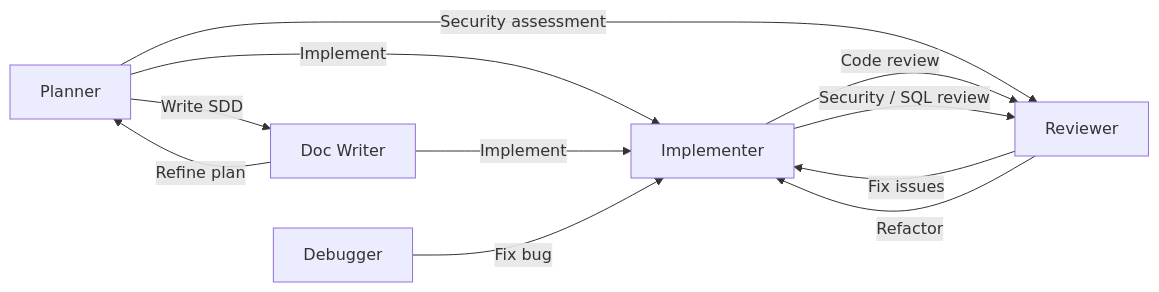
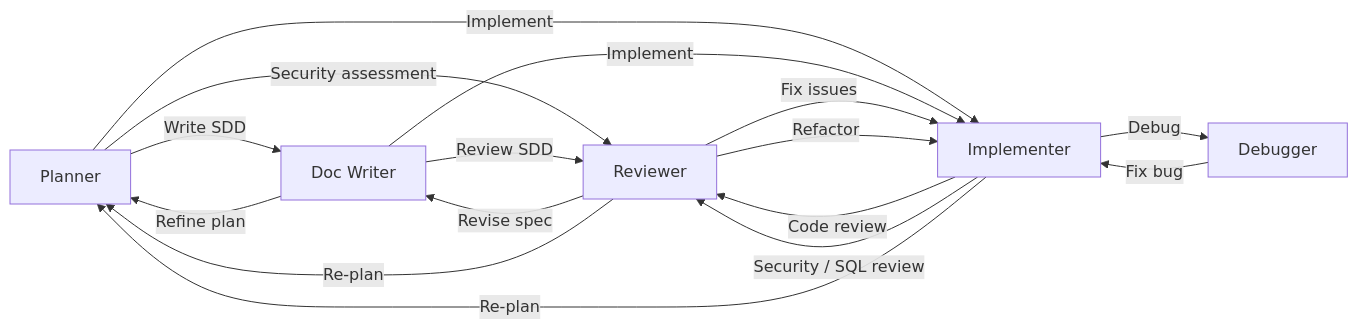
The first of 3 diagrams in README.md (zexion7873/copilot-setting), drawn with Mermaid before and after one commit. The commit also changed 4 other files, not shown here.

First line of the commit message:
feat(agents): complete handoff graph with reverse and lateral buttons

````diff
--- a/README.md
+++ b/README.md
@@ -146,17 +146,22 @@
 ```mermaid
 flowchart LR
     Planner -->|"Write SDD"| DocWriter[Doc Writer]
     Planner -->|"Implement"| Implementer
     Planner -->|"Security assessment"| Reviewer
 
+    DocWriter -->|"Review SDD"| Reviewer
     DocWriter -->|"Implement"| Implementer
     DocWriter -->|"Refine plan"| Planner
 
     Implementer -->|"Code review"| Reviewer
     Implementer -->|"Security / SQL review"| Reviewer
+    Implementer -->|"Debug"| Debugger
+    Implementer -->|"Re-plan"| Planner
 
     Reviewer -->|"Fix issues"| Implementer
     Reviewer -->|"Refactor"| Implementer
+    Reviewer -->|"Revise spec"| DocWriter
+    Reviewer -->|"Re-plan"| Planner
 
     Debugger -->|"Fix bug"| Implementer
 ```
````
